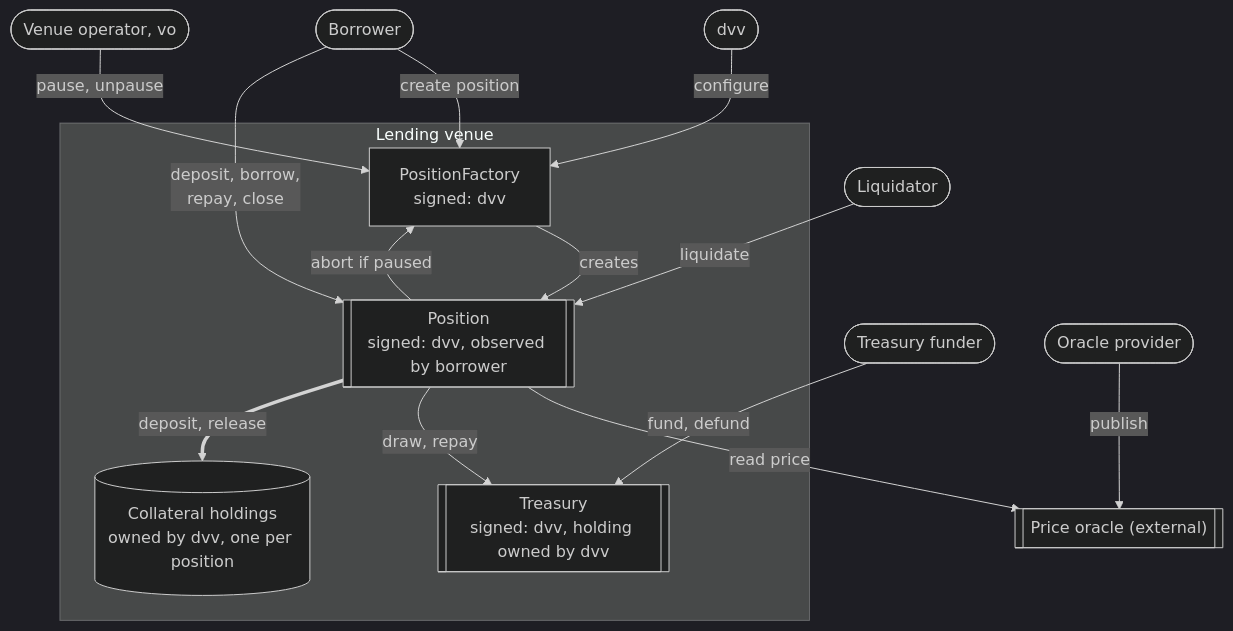
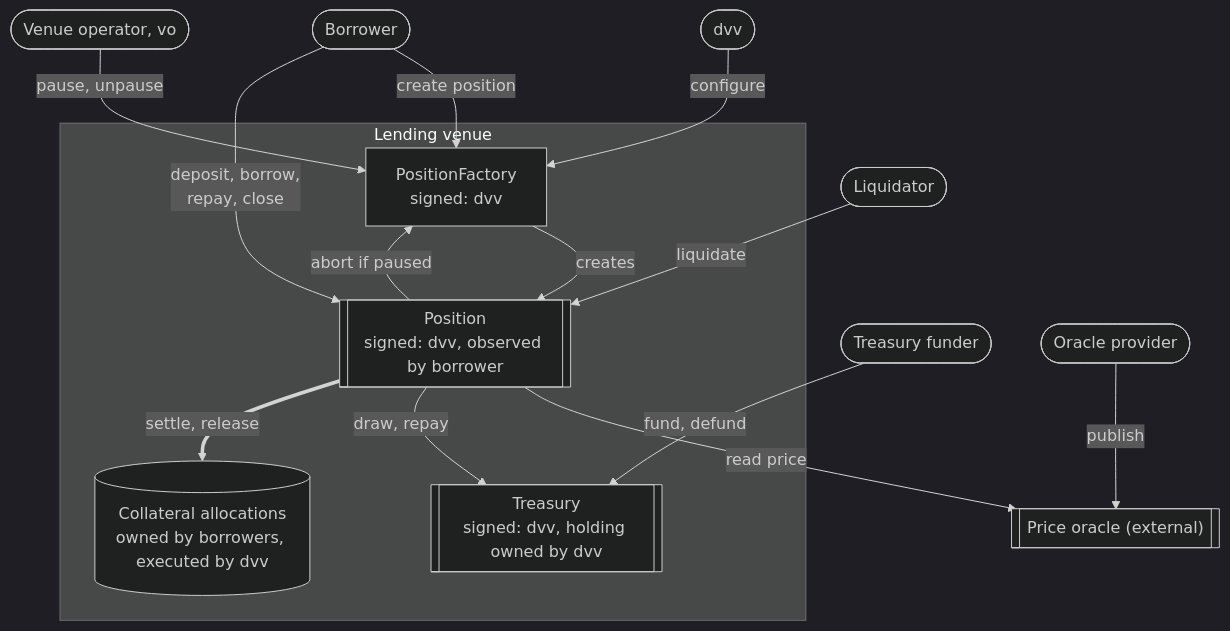
The first of 9 diagrams in docs/reference-architectures/lending.md (OpenZeppelin/canton-specs), drawn with Mermaid (dark theme) before and after one commit. The commit also changed other lines of this file, not shown here.

````diff
--- a/docs/reference-architectures/lending.md
+++ b/docs/reference-architectures/lending.md
@@ -120,31 +122,31 @@
 ```mermaid
 flowchart TB
     Consortium([dvv])
     Operator([Venue operator, vo])
     Funder([Treasury funder])
     Borrower([Borrower])
     Liquidator([Liquidator])
     Provider([Oracle provider])
 
     subgraph Target["Lending venue"]
         Factory["PositionFactory<br/>signed: dvv"]
         Position[["Position<br/>signed: dvv, observed by borrower"]]
         Treasury[["Treasury<br/>signed: dvv, holding owned by dvv"]]
-        Collateral[("Collateral holdings<br/>owned by dvv, one per position")]
+        Collateral[("Collateral allocations<br/>owned by borrowers, executed by dvv")]
     end
 
     Oracle[["Price oracle (external)"]]
 
     Consortium -->|"configure"| Factory
     Operator -->|"pause, unpause"| Factory
     Funder -->|"fund, defund"| Treasury
     Borrower -->|"create position"| Factory
     Factory -->|"creates"| Position
     Borrower -->|"deposit, borrow,<br/>repay, close"| Position
     Liquidator -->|"liquidate"| Position
     Provider -->|"publish"| Oracle
     Position -->|"abort if paused"| Factory
     Position -->|"read price"| Oracle
     Position -->|"draw, repay"| Treasury
-    Position ==>|"deposit, release"| Collateral
+    Position ==>|"settle, release"| Collateral
 ```
````
